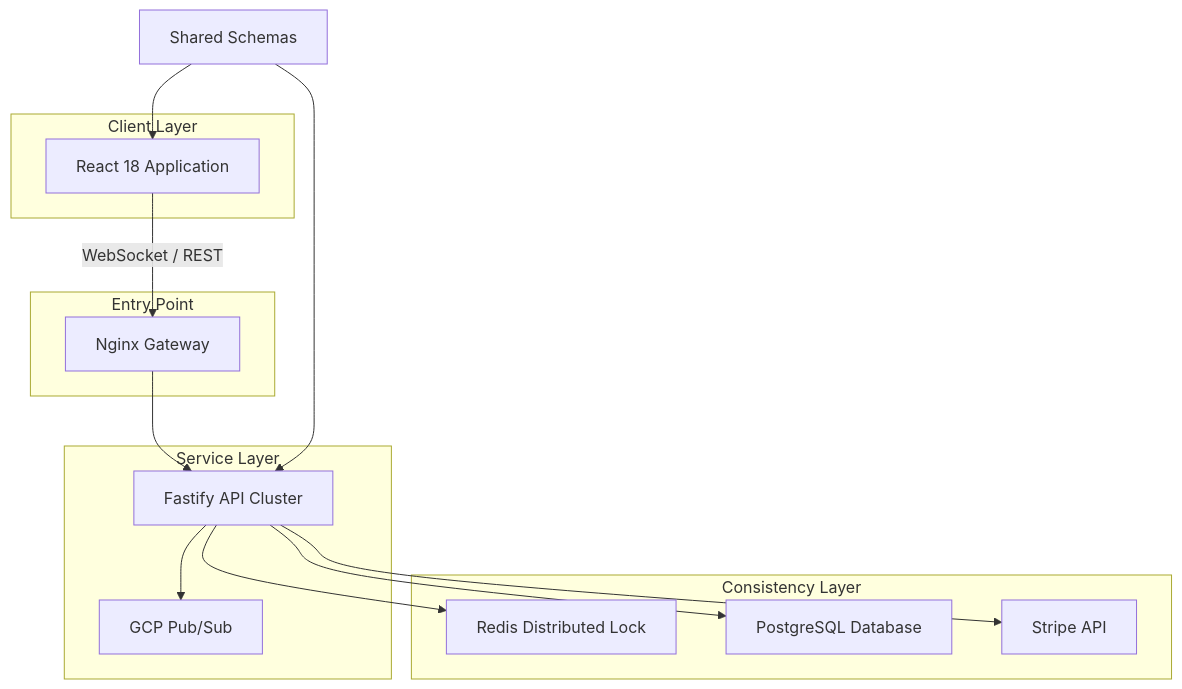
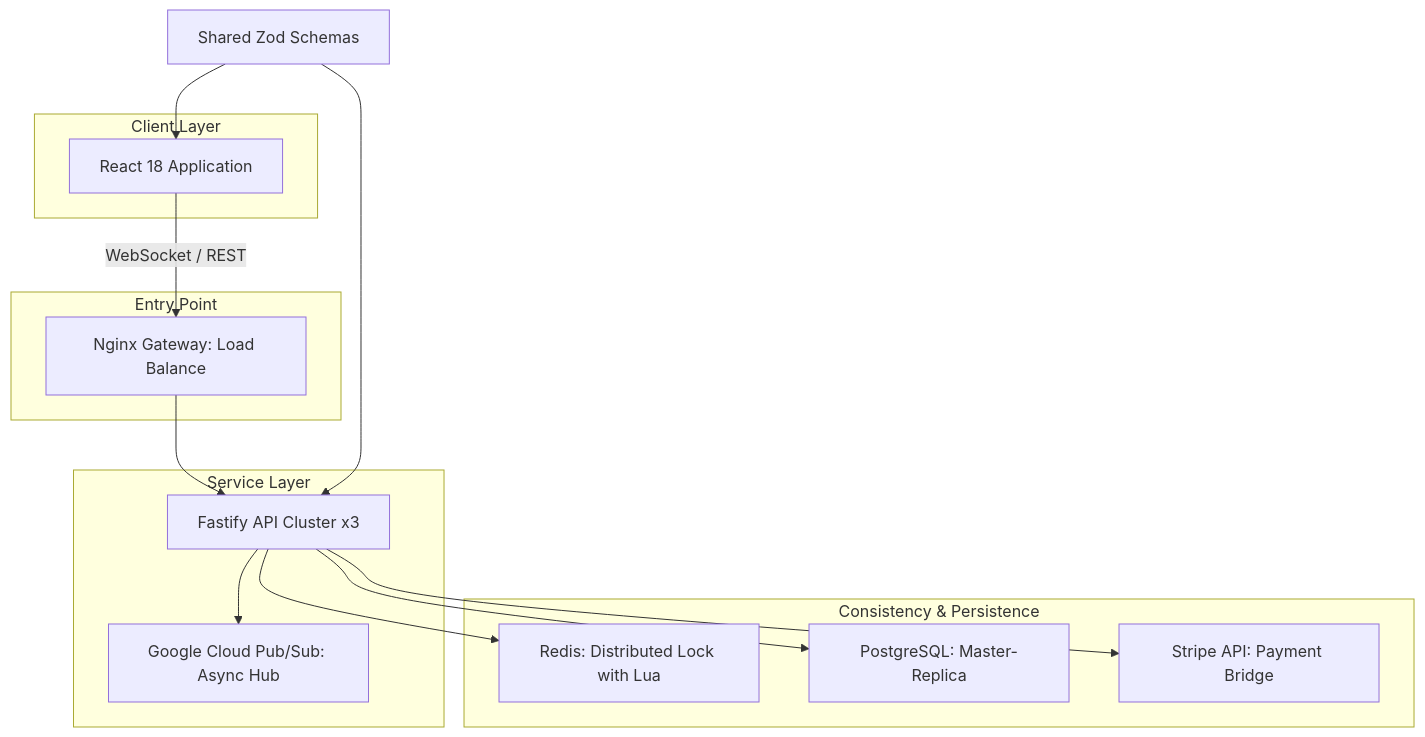
One commit to genesisgzdev/Project-MegaTicketing changed the diagram in README.md. Above: the diagram before and after it, drawn with Mermaid. The commit also changed other lines of this file and 2 other files, not shown here.

````diff
--- a/README.md
+++ b/README.md
@@ -9,27 +9,27 @@
 ```mermaid
 graph TD
     subgraph "Client Layer"
         A[React 18 Application]
     end
     subgraph "Entry Point"
-        G[Nginx Gateway]
+        G[Nginx Gateway: Load Balance]
     end
     subgraph "Service Layer"
-        B[Fastify API Cluster]
-        H[GCP Pub/Sub]
+        B[Fastify API Cluster x3]
+        H[Google Cloud Pub/Sub: Async Hub]
     end
-    subgraph "Consistency Layer"
-        C[Redis Distributed Lock]
-        D[PostgreSQL Database]
-        E[Stripe API]
+    subgraph "Consistency & Persistence"
+        C[Redis: Distributed Lock with Lua]
+        D[PostgreSQL: Master-Replica]
+        E[Stripe API: Payment Bridge]
     end
 
     A -->|WebSocket / REST| G
     G --> B
     B --> C
     B --> D
     B --> E
     B --> H
-    F[Shared Schemas] --> A
+    F[Shared Zod Schemas] --> A
     F --> B
 ```
````
